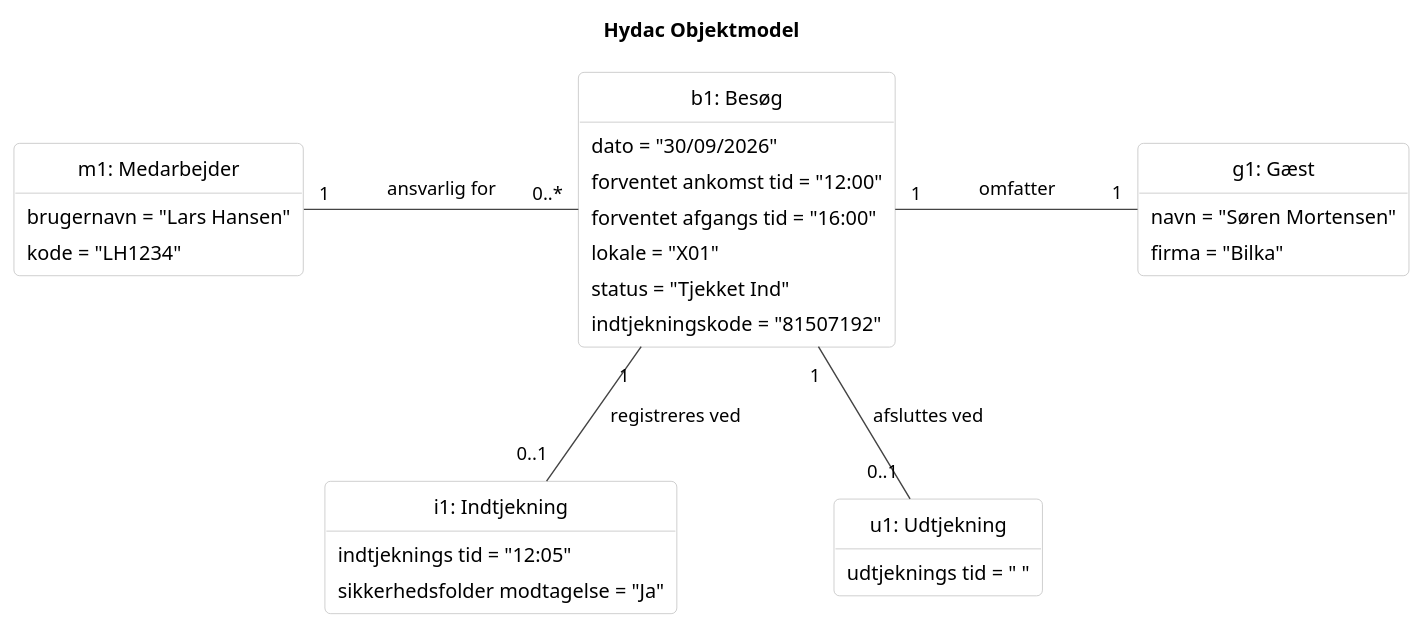
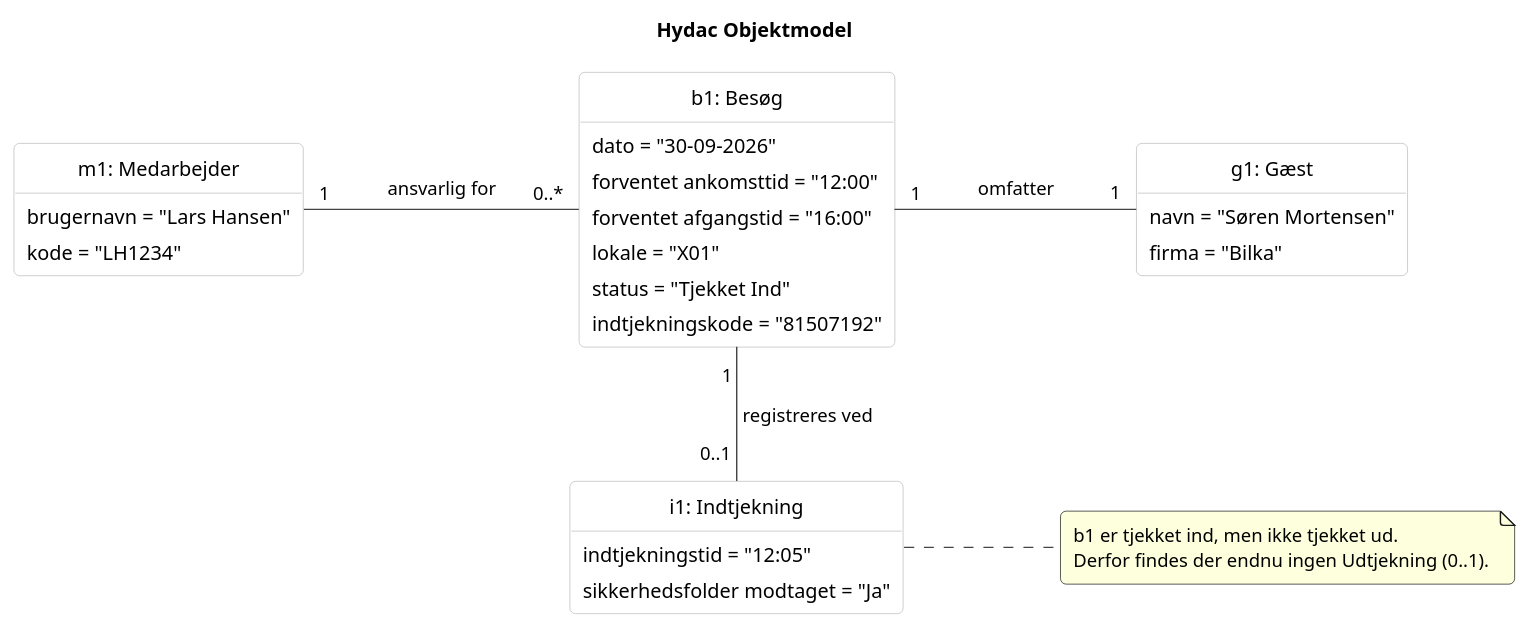
One commit to Zoabz/Hydac changed the diagram in 3. Objekt Model/3. Objekt Model.puml. Above: the diagram before and after it, drawn with PlantUML. The commit also changed 38 other files, not shown here.

```diff
--- a/3. Objekt Model/3. Objekt Model.puml
+++ b/3. Objekt Model/3. Objekt Model.puml
@@ -1,64 +1,60 @@
-@startuml Hydac_Domaenemodel_v2
+@startuml Hydac_Objektmodel
 
 skinparam backgroundColor White
 skinparam shadowing false
 skinparam defaultFontName Arial
 skinparam roundCorner 8
 skinparam linetype polyline
 skinparam nodesep 110
 skinparam ranksep 70
 skinparam padding 3
 skinparam titleFontStyle bold
 
 hide circle
 hide methods
 
 skinparam class {
     BackgroundColor White
     BorderColor #BBBBBB
     ArrowColor #444444
     FontColor Black
     AttributeFontColor Black
 }
 
 title Hydac Objektmodel
 
 class "m1: Medarbejder" as Medarbejder {
     brugernavn = "Lars Hansen"
     kode = "LH1234"
 }
 
 class "b1: Besøg" as Besog {
-    dato = "30/09/2026"
-    forventet ankomst tid = "12:00"
-    forventet afgangs tid = "16:00"
+    dato = "30-09-2026"
+    forventet ankomsttid = "12:00"
+    forventet afgangstid = "16:00"
     lokale = "X01"
     status = "Tjekket Ind"
     indtjekningskode = "81507192"
 }
 
 class "g1: Gæst" as Gaest {
     navn = "Søren Mortensen"
     firma = "Bilka"
 }
 
 class "i1: Indtjekning" as Indtjekning {
-    indtjeknings tid = "12:05"
-    sikkerhedsfolder modtagelse = "Ja"
+    indtjekningstid = "12:05"
+    sikkerhedsfolder modtaget = "Ja"
 }
 
-class "u1: Udtjekning" as Udtjekning {
-    udtjeknings tid = " "
-}
-
-
+note right of Indtjekning
+    b1 er tjekket ind, men ikke tjekket ud.
+    Derfor findes der endnu ingen Udtjekning (0..1).
+end note
 
 Medarbejder "1" -right- "0..*" Besog : ansvarlig for
 Besog "1" -right- "1" Gaest : omfatter
 
 Besog "1" -- "0..1" Indtjekning : registreres ved
-Besog "1" -- "0..1" Udtjekning : afsluttes ved
-
-Indtjekning -[hidden]right- Udtjekning
 
 @enduml
```
